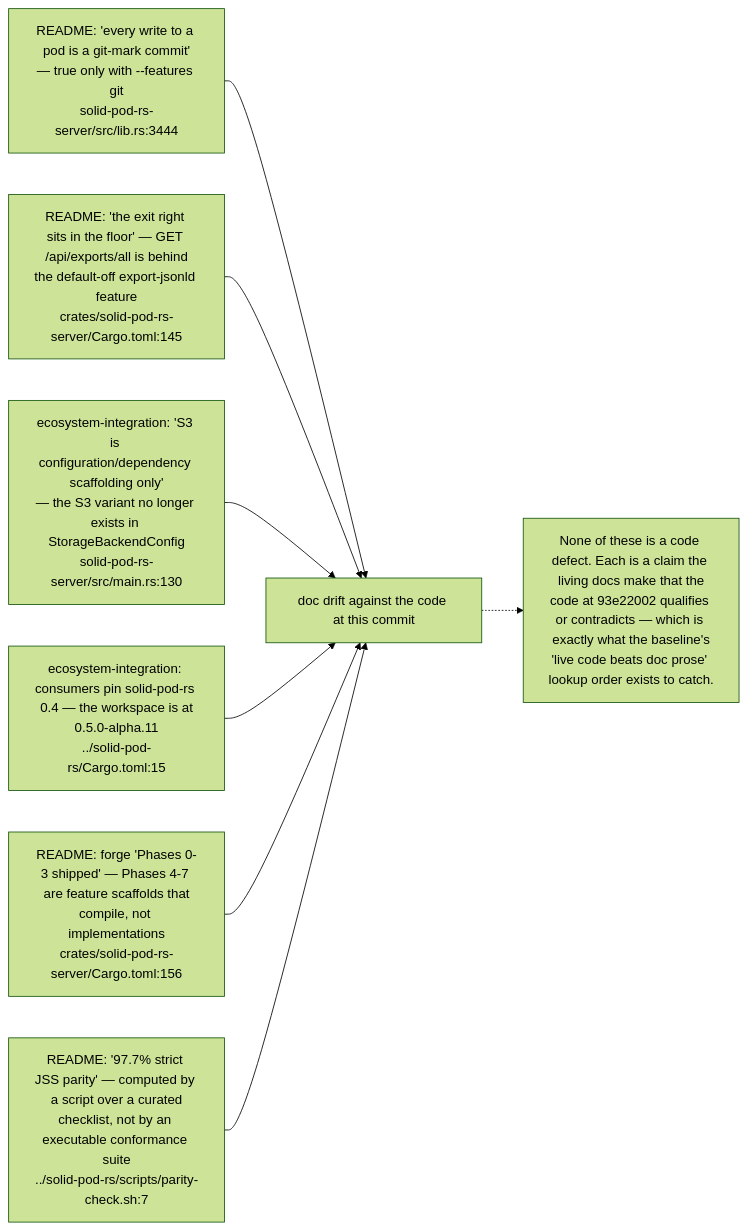
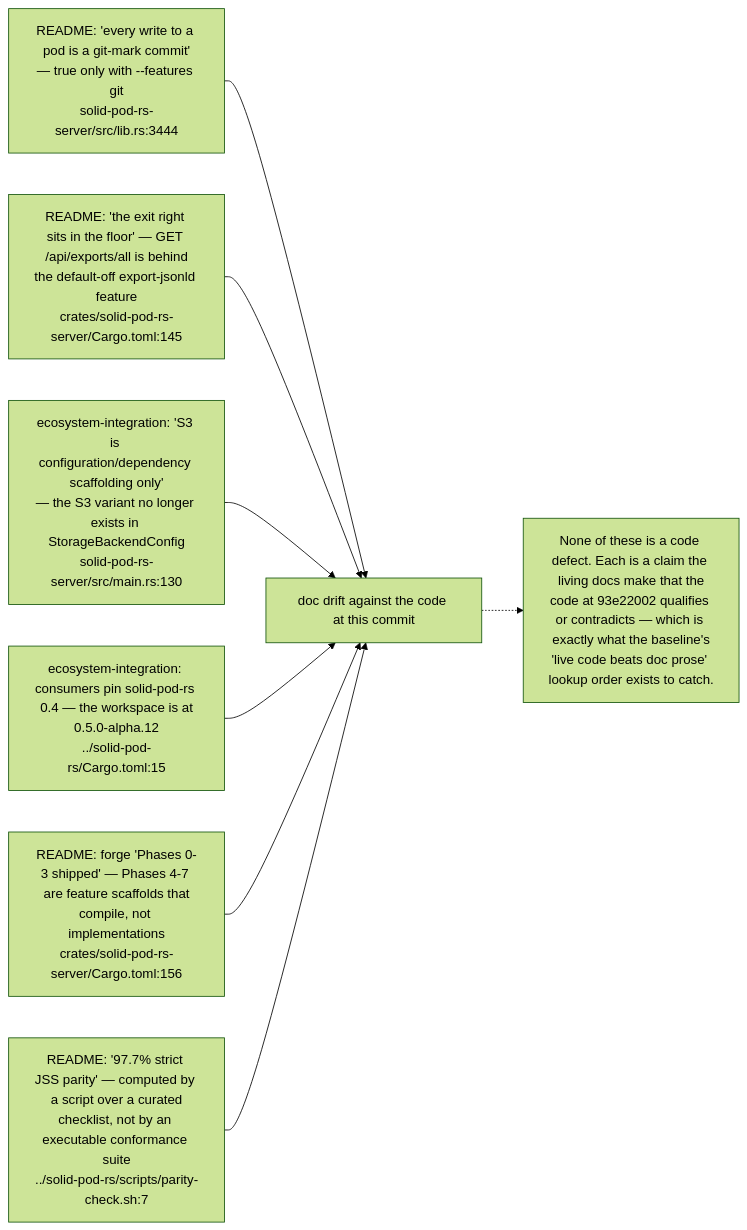
Before and after one commit to DreamLab-AI/VisionFlow: the seventh of 12 diagrams in docs/diagrams/solid-pod-rs/10-failure-modes-and-invariants.md, drawn with Mermaid (forest theme). The commit also changed other lines of this file and 26 other files, not shown here.

First line of the commit message:
docs(diagrams): re-verify solid-pod-rs, nostr-rust-forum and visionclaw 22/36 against HEAD

````diff
--- a/docs/diagrams/solid-pod-rs/10-failure-modes-and-invariants.md
+++ b/docs/diagrams/solid-pod-rs/10-failure-modes-and-invariants.md
@@ -199,19 +199,19 @@
 ```mermaid
 flowchart LR
     R1["README: 'every write to a pod is a git-mark commit'<br/>— true only with --features git<br/>solid-pod-rs-server/src/lib.rs:3444"]
     R2["README: 'the exit right sits in the floor' — GET /api/exports/all is behind<br/>the default-off export-jsonld feature<br/>crates/solid-pod-rs-server/Cargo.toml:145"]
     R3["ecosystem-integration: 'S3 is configuration/dependency scaffolding only'<br/>— the S3 variant no longer exists in StorageBackendConfig<br/>solid-pod-rs-server/src/main.rs:130"]
-    R4["ecosystem-integration: consumers pin solid-pod-rs 0.4 — the workspace is at<br/>0.5.0-alpha.11<br/>../solid-pod-rs/Cargo.toml:15"]
+    R4["ecosystem-integration: consumers pin solid-pod-rs 0.4 — the workspace is at<br/>0.5.0-alpha.12<br/>../solid-pod-rs/Cargo.toml:15"]
     R5["README: forge 'Phases 0-3 shipped' — Phases 4-7 are feature scaffolds that<br/>compile, not implementations<br/>crates/solid-pod-rs-server/Cargo.toml:156"]
     R6["README: '97.7% strict JSS parity' — computed by a script over a curated<br/>checklist, not by an executable conformance suite<br/>../solid-pod-rs/scripts/parity-check.sh:7"]
 
     R1 --> REG["doc drift against the code at this commit"]
     R2 --> REG
     R3 --> REG
     R4 --> REG
     R5 --> REG
     R6 --> REG
 
     N["None of these is a code defect. Each is a claim the living docs make that the<br/>code at 93e22002 qualifies or contradicts — which is exactly what the baseline's<br/>'live code beats doc prose' lookup order exists to catch."]
     REG -.-> N
 ```
````
